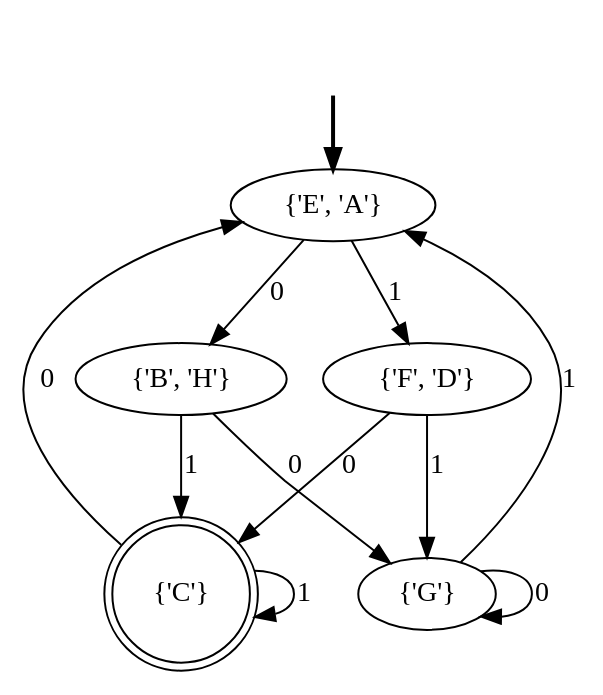
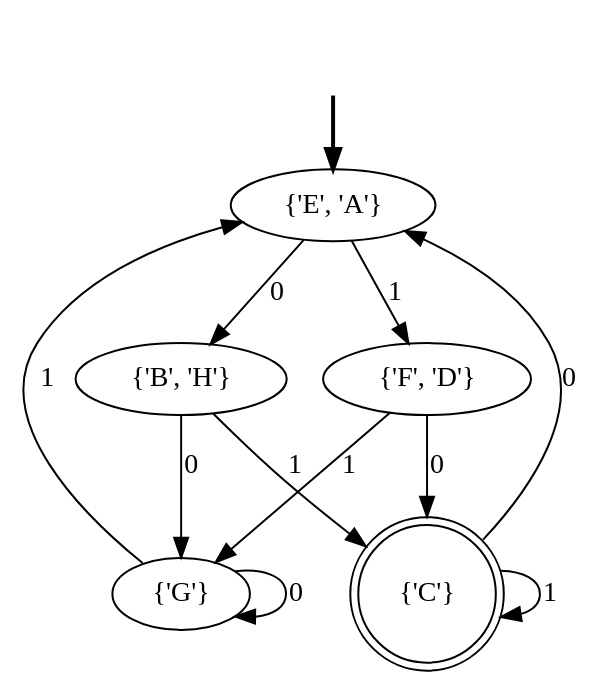
One commit to fanzou2020/Automata changed the diagram in dfa_minimization/dfa_after.dot. Above: the diagram before and after it, drawn with Graphviz. The commit also changed other lines of this file, not shown here.

```diff
--- a/dfa_minimization/dfa_after.dot
+++ b/dfa_minimization/dfa_after.dot
@@ -1,19 +1,19 @@
 digraph {
 	fake [style=invisible]
-	"{'C'}" [shape=doublecircle]
 	"{'G'}"
 	"{'F', 'D'}"
+	"{'C'}" [shape=doublecircle]
+	"{'E', 'A'}" [root=true]
 	"{'B', 'H'}"
-	"{'E', 'A'}" [root=true]
 	fake -> "{'E', 'A'}" [style=bold]
 	"{'E', 'A'}" -> "{'B', 'H'}" [label=0]
 	"{'E', 'A'}" -> "{'F', 'D'}" [label=1]
 	"{'B', 'H'}" -> "{'G'}" [label=0]
 	"{'B', 'H'}" -> "{'C'}" [label=1]
 	"{'C'}" -> "{'E', 'A'}" [label=0]
 	"{'C'}" -> "{'C'}" [label=1]
 	"{'F', 'D'}" -> "{'C'}" [label=0]
 	"{'F', 'D'}" -> "{'G'}" [label=1]
 	"{'G'}" -> "{'G'}" [label=0]
 	"{'G'}" -> "{'E', 'A'}" [label=1]
 }
```
